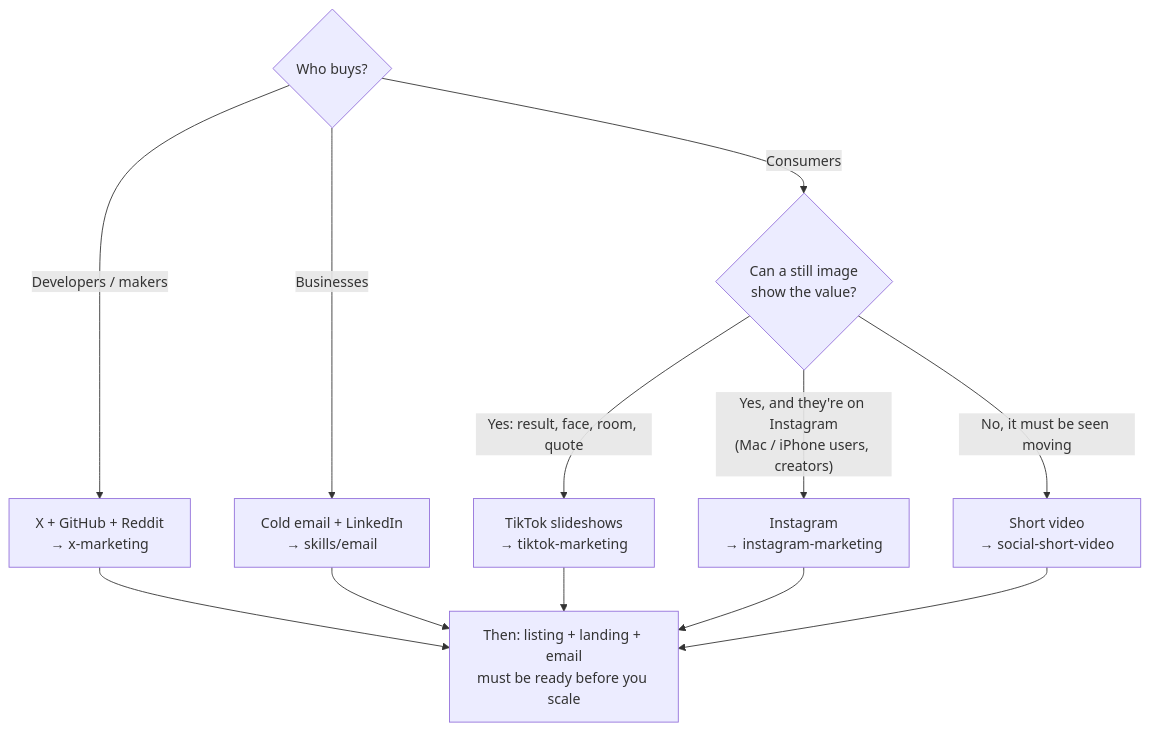
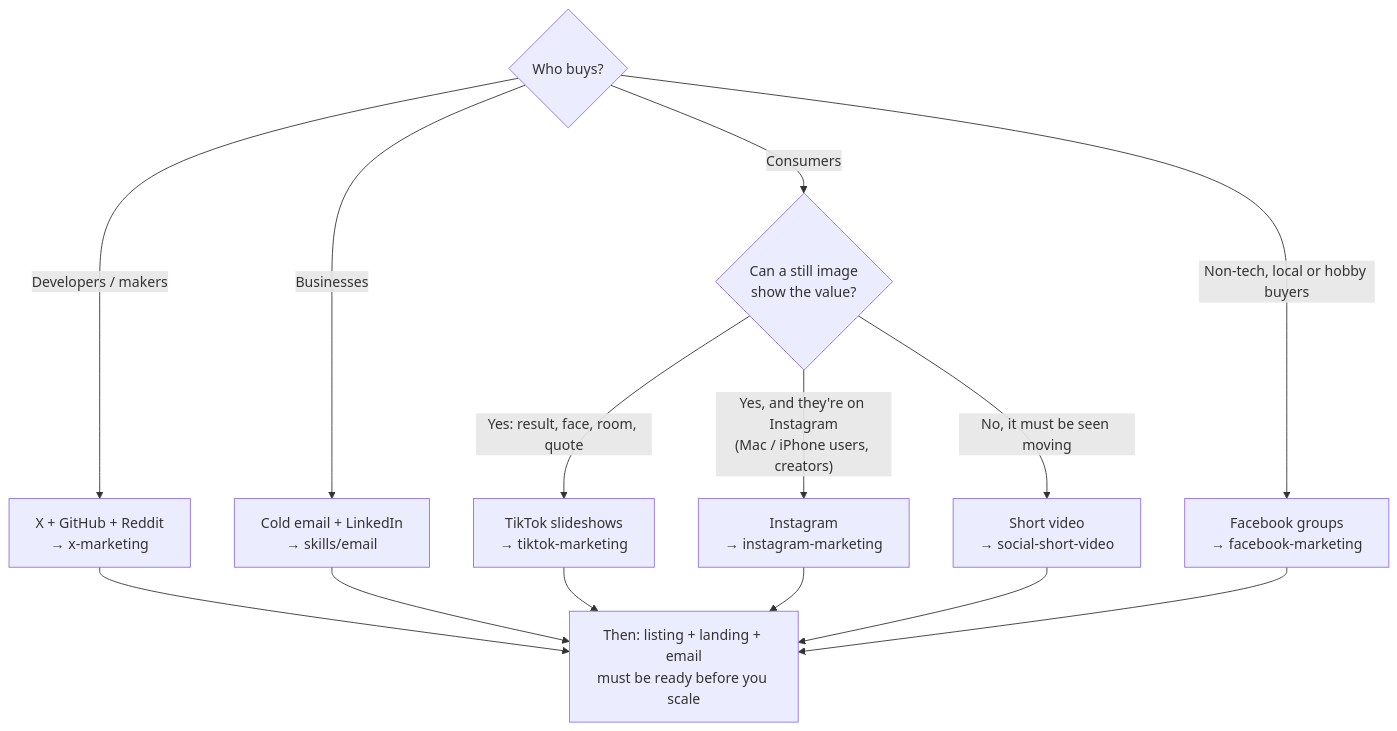
One commit to OneClickTool/product-growth-playbook changed the third of 3 diagrams in marketing/README-marketing-social.md. Above: the diagram before and after it, drawn with Mermaid. The commit also changed other lines of this file and 42 other files, not shown here.

````diff
--- a/marketing/README-marketing-social.md
+++ b/marketing/README-marketing-social.md
@@ -124,10 +131,11 @@
 ```mermaid
 flowchart TD
     Q1{"Who buys?"} -->|"Developers / makers"| XQ["X + GitHub + Reddit<br/>→ x-marketing"]
+    Q1 -->|"Non-tech, local or hobby buyers"| FBQ["Facebook groups<br/>→ facebook-marketing"]
     Q1 -->|"Businesses"| B2B["Cold email + LinkedIn<br/>→ skills/email"]
     Q1 -->|"Consumers"| Q2{"Can a still image<br/>show the value?"}
     Q2 -->|"Yes: result, face, room, quote"| TTQ["TikTok slideshows<br/>→ tiktok-marketing"]
     Q2 -->|"Yes, and they're on Instagram<br/>(Mac / iPhone users, creators)"| IGQ["Instagram<br/>→ instagram-marketing"]
     Q2 -->|"No, it must be seen moving"| SVQ["Short video<br/>→ social-short-video"]
-    XQ & B2B & TTQ & IGQ & SVQ --> L["Then: listing + landing + email<br/>must be ready before you scale"]
+    XQ & B2B & TTQ & IGQ & SVQ & FBQ --> L["Then: listing + landing + email<br/>must be ready before you scale"]
 ```
````
